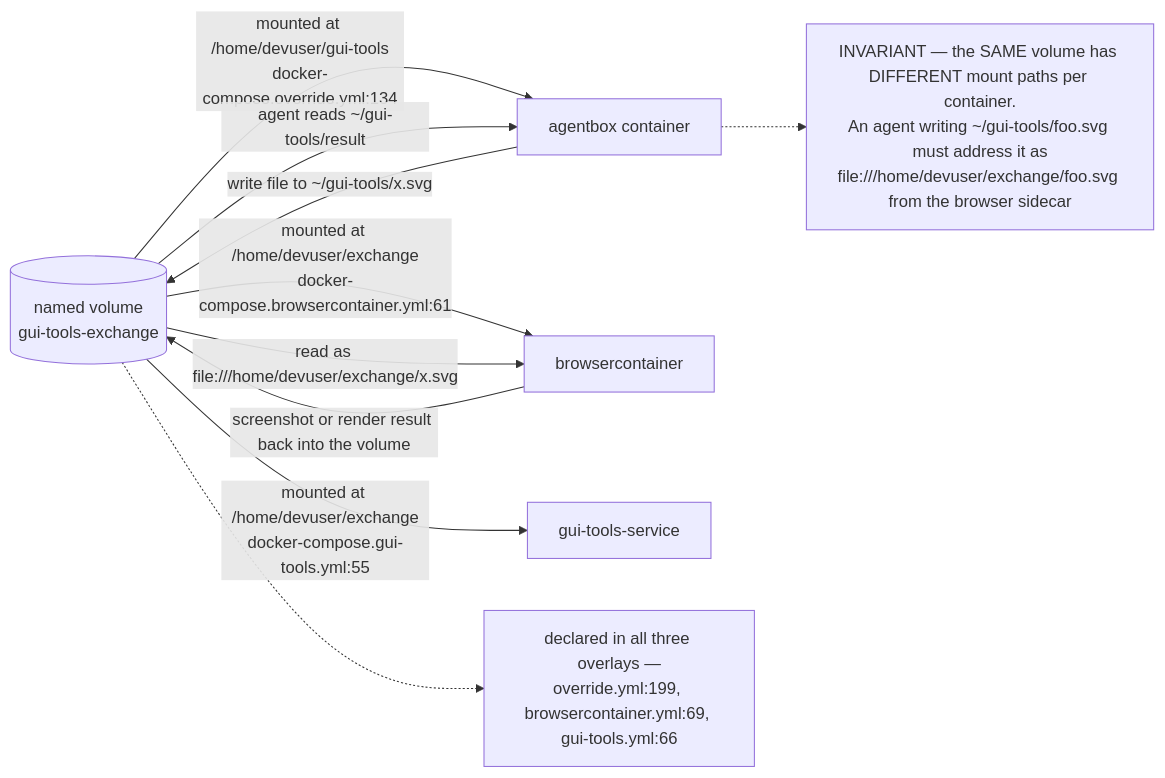
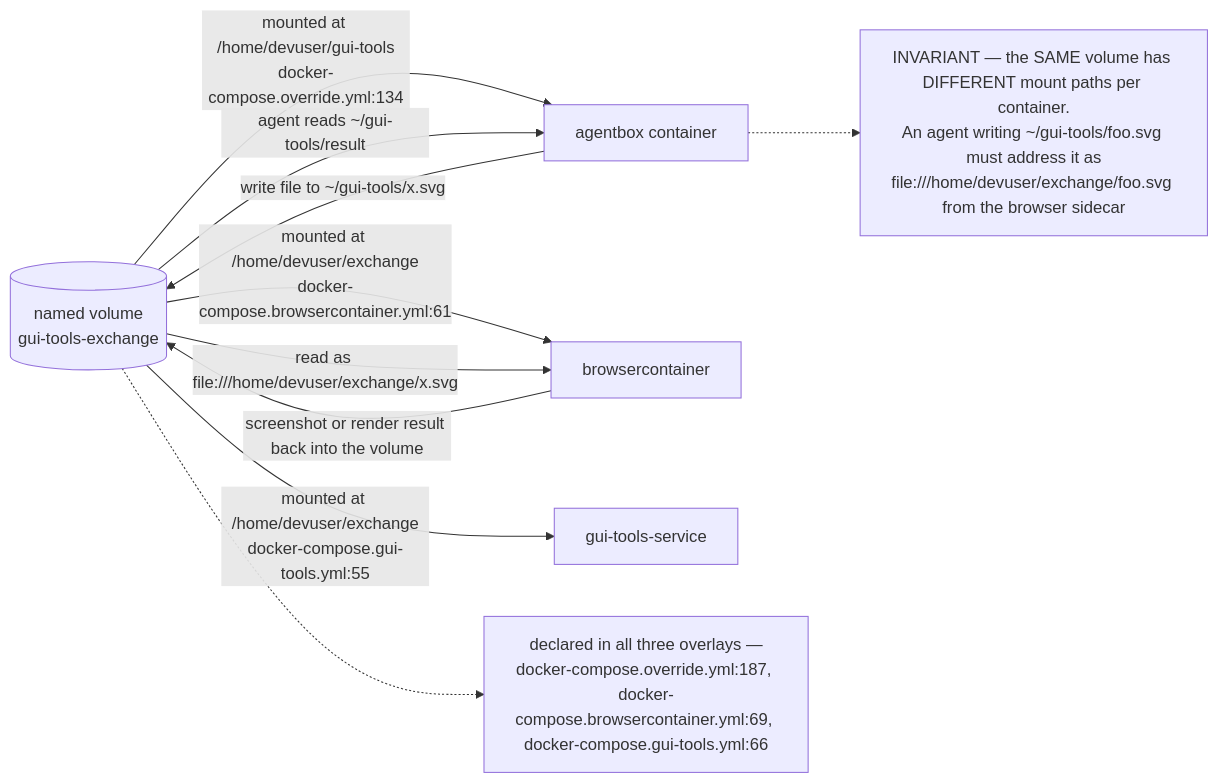
One commit to DreamLab-AI/VisionFlow changed the third of 9 diagrams in docs/diagrams/agentbox/06-sidecars-and-compose-overlays.md. Above: the diagram before and after it, drawn with Mermaid. The commit also changed other lines of this file and 185 other files, not shown here.

Commit message:
docs(estate): reconcile diagrams and ADRs with source and define closeout sprint

````diff
--- a/docs/diagrams/agentbox/06-sidecars-and-compose-overlays.md
+++ b/docs/diagrams/agentbox/06-sidecars-and-compose-overlays.md
@@ -103,12 +108,12 @@
 ```mermaid
 flowchart LR
     V[("named volume<br/>gui-tools-exchange")] -->|"mounted at /home/devuser/gui-tools<br/>docker-compose.override.yml:134"| AB["agentbox container"]
     V -->|"mounted at /home/devuser/exchange<br/>docker-compose.browsercontainer.yml:61"| BC["browsercontainer"]
     V -->|"mounted at /home/devuser/exchange<br/>docker-compose.gui-tools.yml:55"| GT["gui-tools-service"]
     AB -->|"write file to ~/gui-tools/x.svg"| V
     V -->|"read as file:///home/devuser/exchange/x.svg"| BC
     BC -->|"screenshot or render result back into the volume"| V
     V -->|"agent reads ~/gui-tools/result"| AB
     AB -.-> NOTE["INVARIANT — the SAME volume has DIFFERENT mount paths per container.<br/>An agent writing ~/gui-tools/foo.svg must address it as<br/>file:///home/devuser/exchange/foo.svg from the browser sidecar"]
-    V -.-> DECL["declared in all three overlays —<br/>override.yml:199, browsercontainer.yml:69, gui-tools.yml:66"]
+    V -.-> DECL["declared in all three overlays —<br/>docker-compose.override.yml:187, docker-compose.browsercontainer.yml:69, docker-compose.gui-tools.yml:66"]
 ```
````
